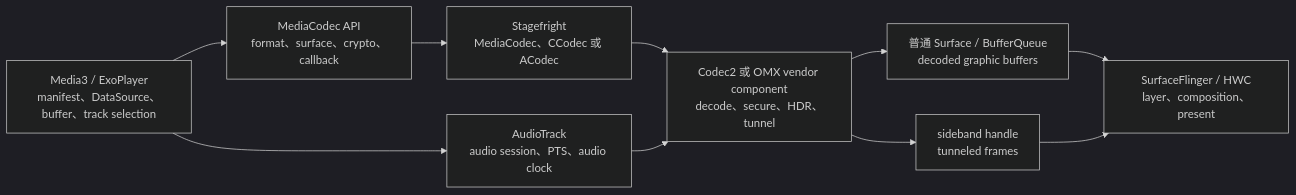
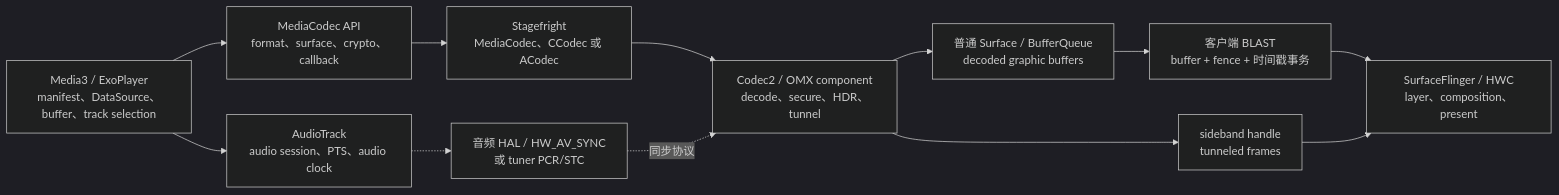
The second of 3 diagrams in src/part2-performance/ch13-rendering-pipelines/11-video-overlay-media3-codec-pipeline.md (Gracker/android-internals-wiki), drawn with Mermaid (dark theme) before and after one commit. The commit also changed other lines of this file and 196 other files, not shown here.

````diff
--- a/src/part2-performance/ch13-rendering-pipelines/11-video-overlay-media3-codec-pipeline.md
+++ b/src/part2-performance/ch13-rendering-pipelines/11-video-overlay-media3-codec-pipeline.md
@@ -786,12 +824,15 @@
 ```mermaid
 flowchart LR
     M3["Media3 / ExoPlayer<br/>manifest、DataSource、buffer、track selection"] --> MC["MediaCodec API<br/>format、surface、crypto、callback"]
     MC --> ST["Stagefright<br/>MediaCodec、CCodec 或 ACodec"]
-    ST --> V["Codec2 或 OMX vendor component<br/>decode、secure、HDR、tunnel"]
+    ST --> V["Codec2 / OMX component<br/>decode、secure、HDR、tunnel"]
     V --> N["普通 Surface / BufferQueue<br/>decoded graphic buffers"]
-    N --> SF["SurfaceFlinger / HWC<br/>layer、composition、present"]
+    N --> BL["客户端 BLAST<br/>buffer + fence + 时间戳事务"]
+    BL --> SF["SurfaceFlinger / HWC<br/>layer、composition、present"]
     V --> SB["sideband handle<br/>tunneled frames"]
     SB --> SF
     M3 --> AT["AudioTrack<br/>audio session、PTS、audio clock"]
-    AT --> V
+    AT -.-> SY["音频 HAL / HW_AV_SYNC
+或 tuner PCR/STC"]
+    SY -. 同步协议 .-> V
 ```
````
